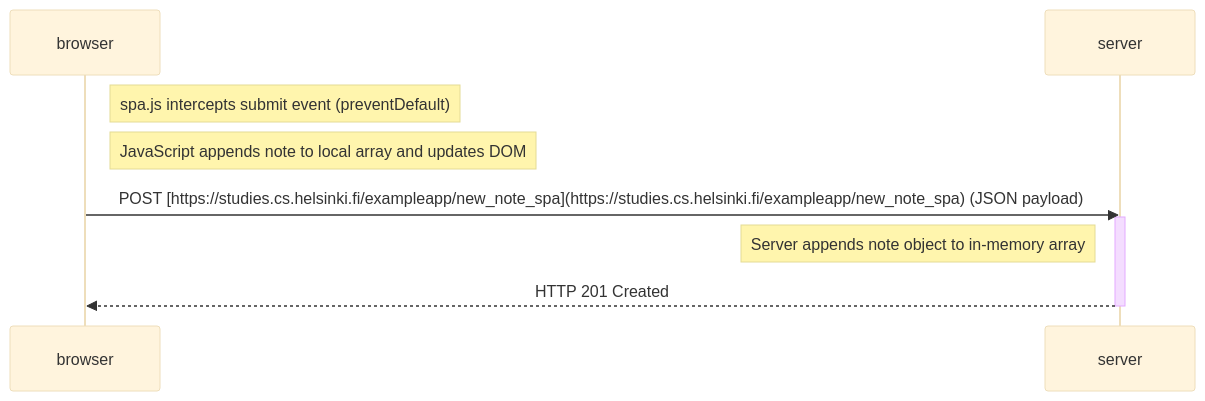
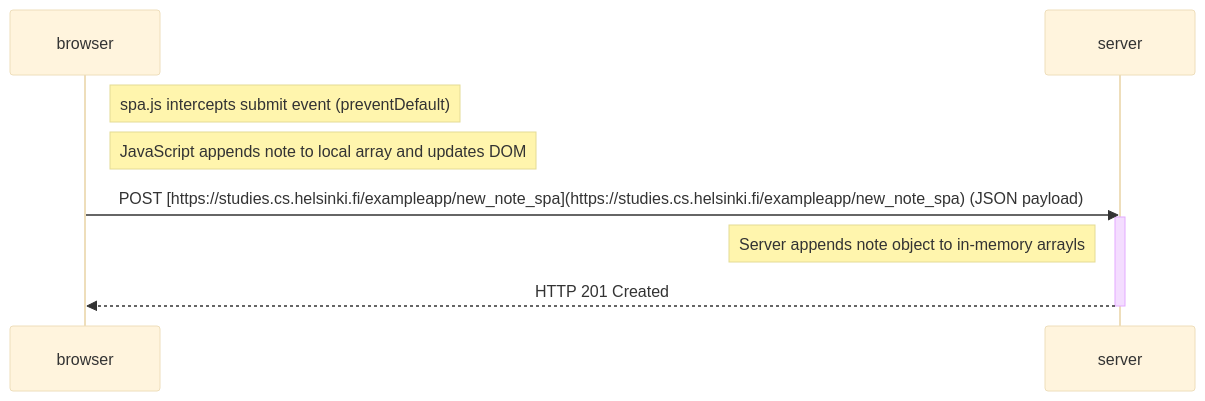
One commit to Maxigucci/fullstackopen changed the third of 3 diagrams in part0/README.md. Above: the diagram before and after it, drawn with Mermaid (base theme).

Commit message:
part1 a exercises completed

````diff
--- a/part0/README.md
+++ b/part0/README.md
@@ -80,14 +80,15 @@
 ```mermaid
 sequenceDiagram
   participant browser
   participant server
 
   Note right of browser: spa.js intercepts submit event (preventDefault)
   Note right of browser: JavaScript appends note to local array and updates DOM
 
   browser->>server: POST [https://studies.cs.helsinki.fi/exampleapp/new_note_spa](https://studies.cs.helsinki.fi/exampleapp/new_note_spa) (JSON payload)
   activate server
-  Note left of server: Server appends note object to in-memory array
+  Note left of server: Server appends note object to in-memory arrayls
+  
   server-->>browser: HTTP 201 Created
   deactivate server
 ```
````
